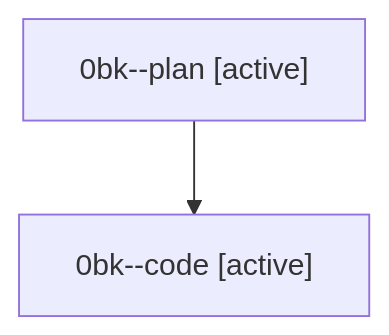
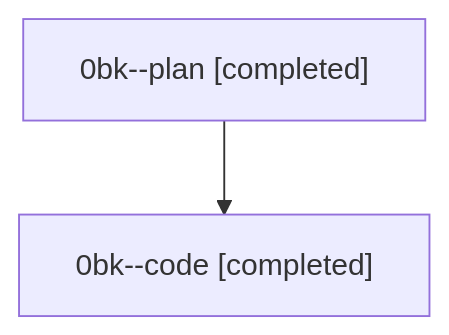
Before and after one commit to sase-org/sase--agents: the diagram in families/bbugyi200.athena.0bk.md, drawn with Mermaid. The commit also changed other lines of this file and 53 other files, not shown here.

````diff
--- a/families/bbugyi200.athena.0bk.md
+++ b/families/bbugyi200.athena.0bk.md
@@ -9,6 +9,6 @@
 ```mermaid
 flowchart TD
-  n0["0bk--plan [active]"]
-  n1["0bk--code [active]"]
+  n0["0bk--plan [completed]"]
+  n1["0bk--code [completed]"]
   n0 --> n1
 ```
````
